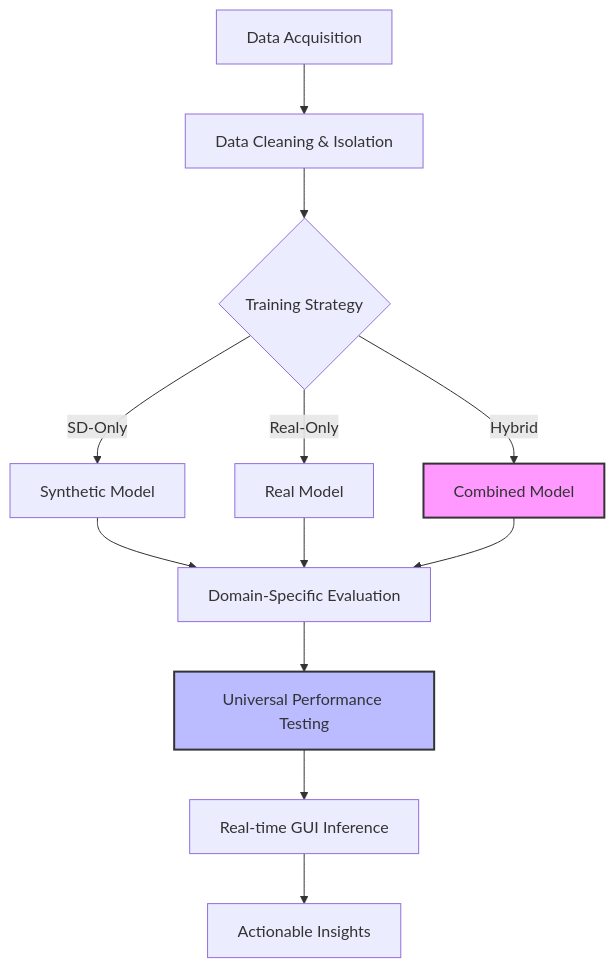
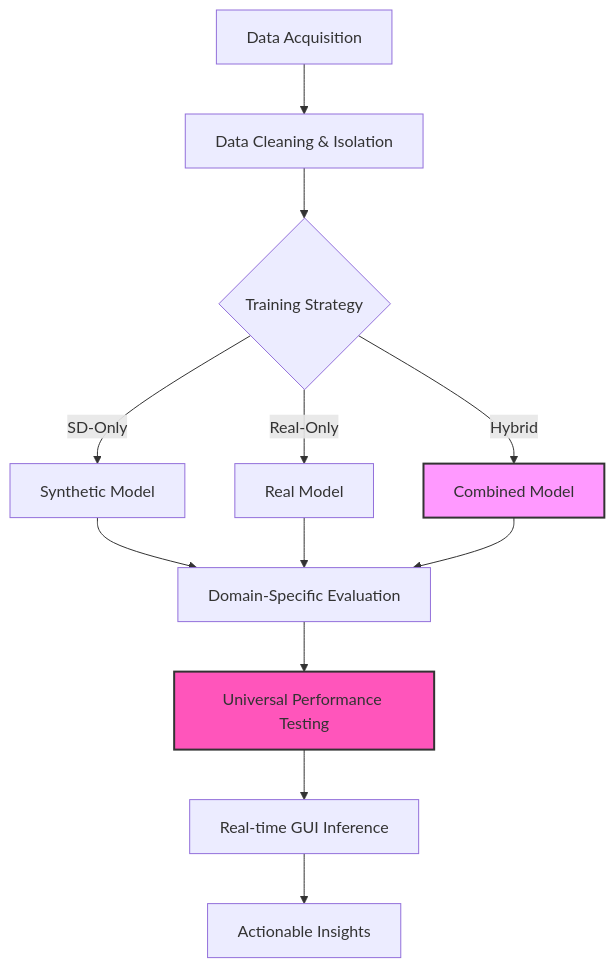
One commit to arifsoul/gun_detection changed the diagram in README.md. Above: the diagram before and after it, drawn with Mermaid. The commit also changed other lines of this file, not shown here.

````diff
--- a/README.md
+++ b/README.md
@@ -48,15 +48,15 @@
 ```mermaid
 graph TD
     A[Data Acquisition] --> B[Data Cleaning & Isolation]
     B --> C{Training Strategy}
     C -->|SD-Only| D[Synthetic Model]
     C -->|Real-Only| E[Real Model]
     C -->|Hybrid| F[Combined Model]
     D & E & F --> G[Domain-Specific Evaluation]
     G --> H[Universal Performance Testing]
     H --> I[Real-time GUI Inference]
     I --> J[Actionable Insights]
   
     style F fill:#f9f,stroke:#333,stroke-width:2px
-    style H fill:#bbf,stroke:#333,stroke-width:2px
+    style H fill:#f5b,stroke:#333,stroke-width:2px
 ```
````
